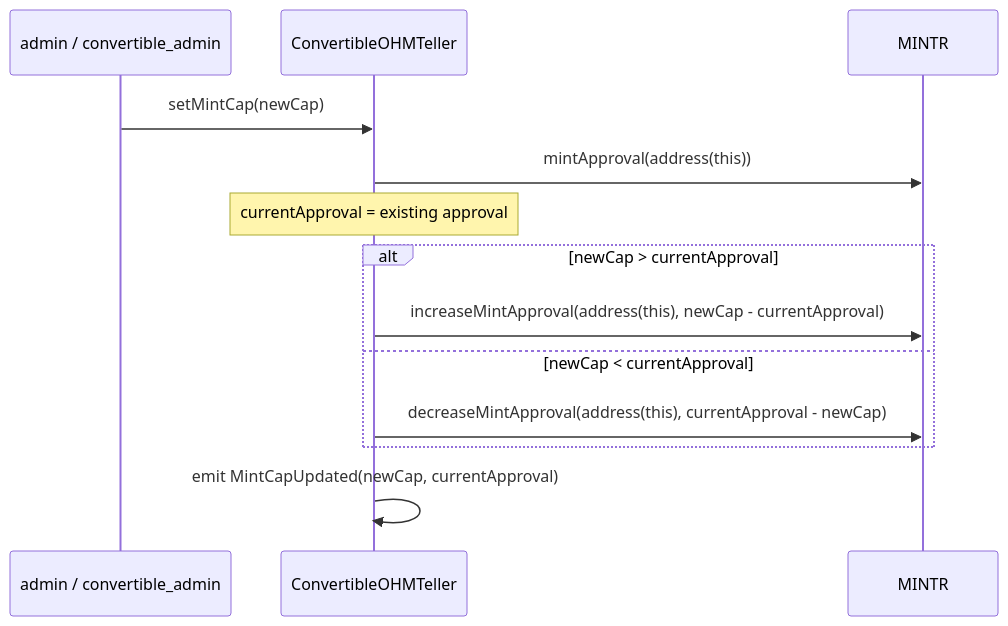
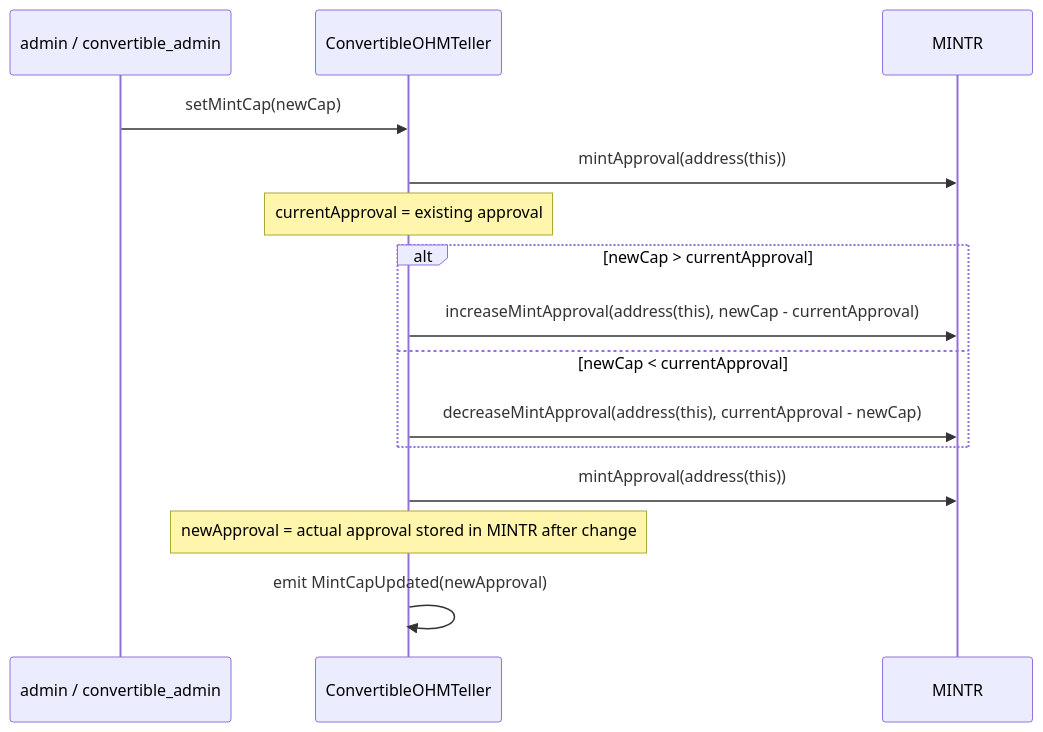
Before and after one commit to OlympusDAO/olympus-v3: the sixth of 6 diagrams in audit/2026-02_rewards/README.md, drawn with Mermaid. The commit also changed other lines of this file and 2 other files, not shown here.

Commit message:
docs(audit): update readme, scope file and solidity-metrics

````diff
--- a/audit/2026-02_rewards/README.md
+++ b/audit/2026-02_rewards/README.md
@@ -287,18 +287,20 @@
 ```mermaid
 sequenceDiagram
     participant Admin as admin / convertible_admin
     participant Teller as ConvertibleOHMTeller
     participant MINTR
 
     Admin->>Teller: setMintCap(newCap)
     Teller->>MINTR: mintApproval(address(this))
     Note over Teller: currentApproval = existing approval
 
     alt newCap > currentApproval
         Teller->>MINTR: increaseMintApproval(address(this), newCap - currentApproval)
     else newCap < currentApproval
         Teller->>MINTR: decreaseMintApproval(address(this), currentApproval - newCap)
     end
 
-    Teller->>Teller: emit MintCapUpdated(newCap, currentApproval)
+    Teller->>MINTR: mintApproval(address(this))
+    Note over Teller: newApproval = actual approval stored in MINTR after change
+    Teller->>Teller: emit MintCapUpdated(newApproval)
 ```
````
